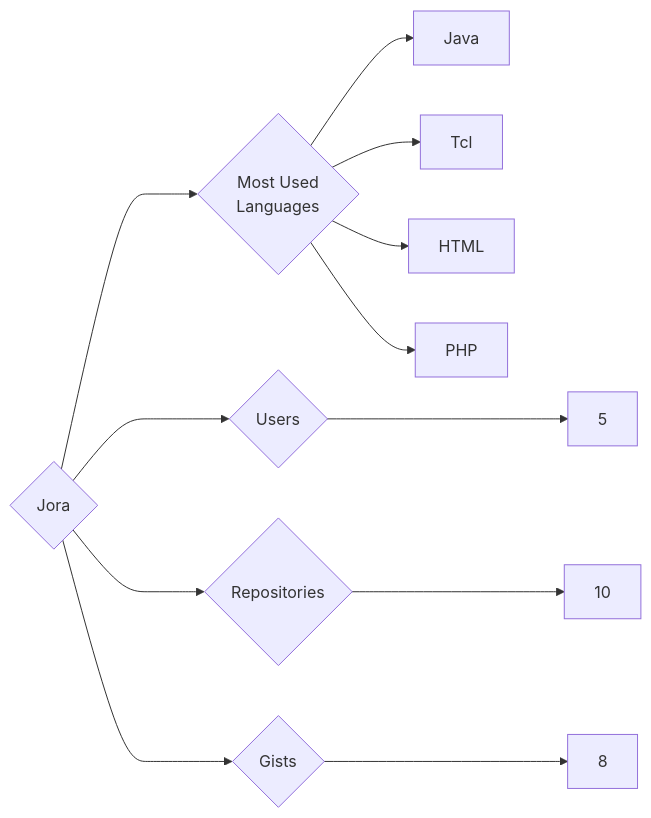
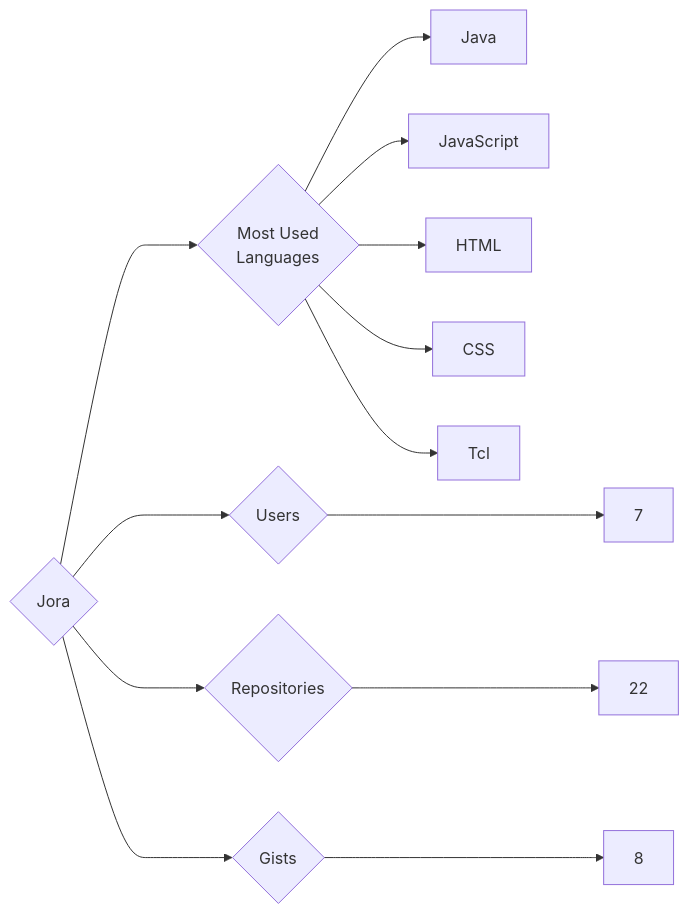
One commit to trickest/insiders changed the diagram in targets/Jora/README.md. Above: the diagram before and after it, drawn with Mermaid. The commit also changed 640 other files, not shown here.

````diff
--- a/targets/Jora/README.md
+++ b/targets/Jora/README.md
@@ -3,12 +3,13 @@
 ```mermaid
 graph LR
 COMPANY_NAME{Jora}
-COMPANY_NAME ---> U{Users} ---> UN[5]
-COMPANY_NAME ---> R{Repositories} ---> RN[10]
+COMPANY_NAME ---> U{Users} ---> UN[7]
+COMPANY_NAME ---> R{Repositories} ---> RN[22]
 COMPANY_NAME ---> G{Gists} ---> GN[8]
 COMPANY_NAME ---> ML{Most Used<br>Languages}
 ML --> Java[Java]
+ML --> JavaScript[JavaScript]
+ML --> HTML[HTML]
+ML --> CSS[CSS]
 ML --> Tcl[Tcl]
-ML --> HTML[HTML]
-ML --> PHP[PHP]
 ```
````
